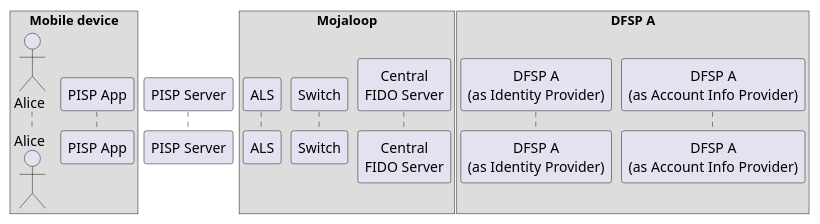
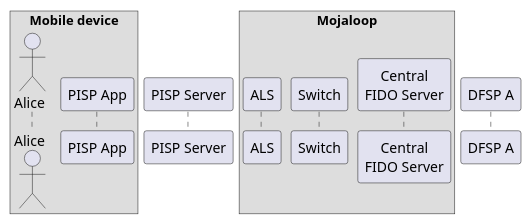
The diagram in pisp/linking/participants.iuml (jgeewax/mojaloop-pisp), drawn with PlantUML before and after one commit. The commit also changed 3 other files, not shown here.

```diff
--- a/pisp/linking/participants.iuml
+++ b/pisp/linking/participants.iuml
@@ -1,14 +1,11 @@
 box "Mobile device"
     actor Alice
     participant "PISP App" as App
 end box
 participant "PISP Server" as Server
 box "Mojaloop"
     participant ALS
     participant Switch
     participant "Central\nFIDO Server" as FIDO
 end box
-box "DFSP A"
-    participant "DFSP A\n(as Identity Provider)" as IP
-    participant "DFSP A\n(as Account Info Provider)" as AIP
-end box
+participant "DFSP A" as DFSP
```
